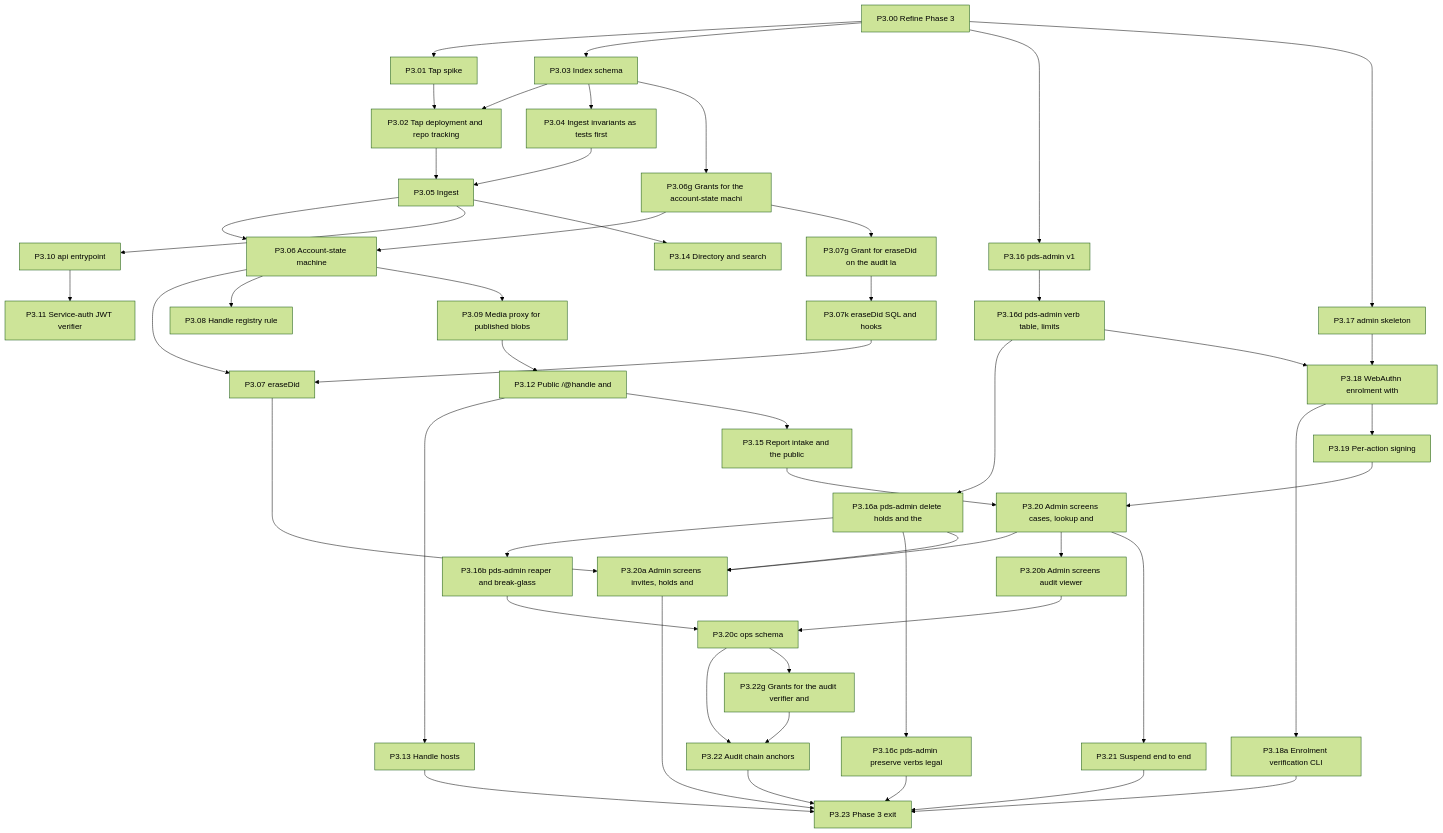
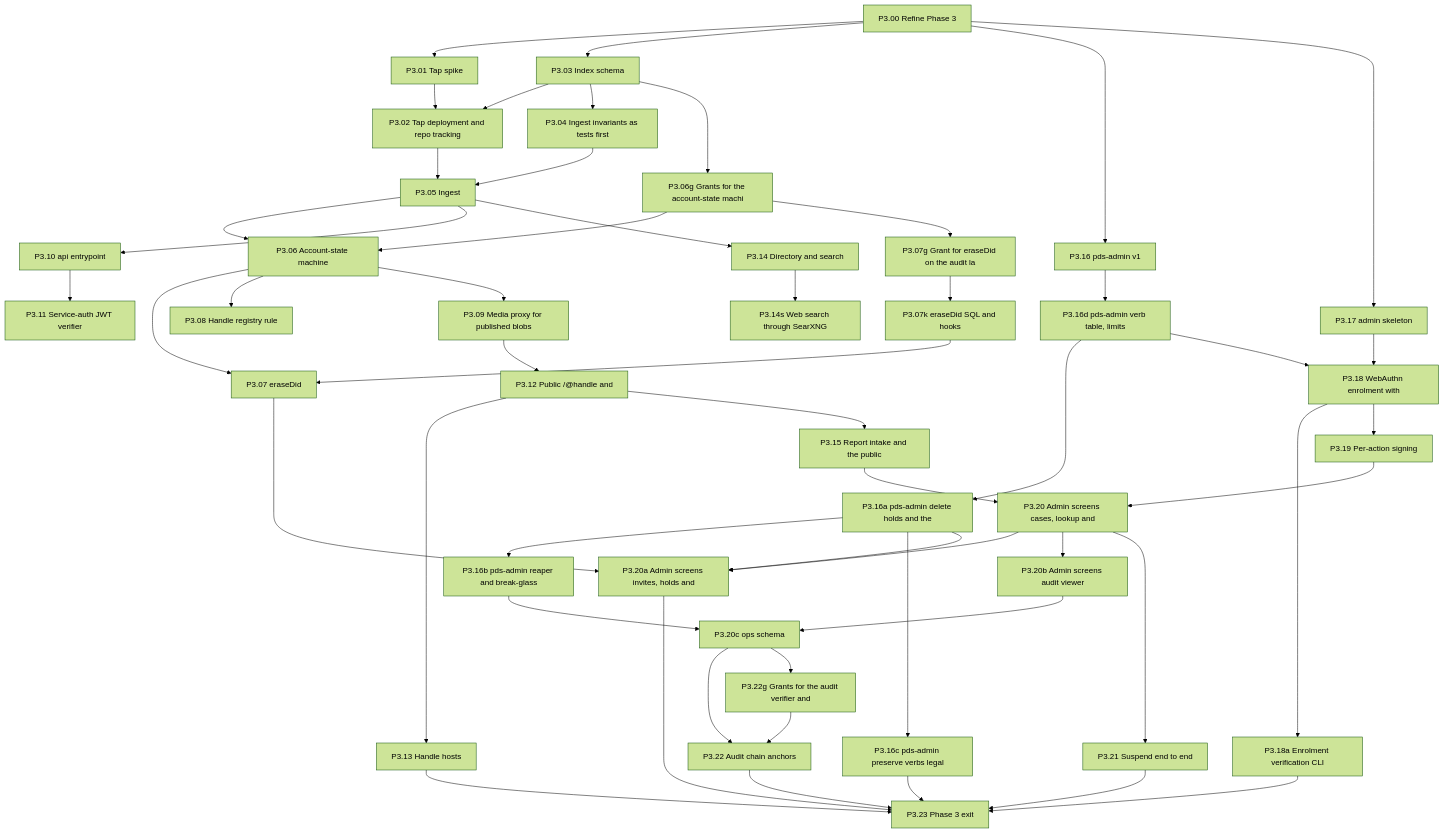
The sixth of 11 diagrams in docs/ai/book/01-outline.md (Undefined6799/unset), drawn with Mermaid (forest theme) before and after one commit. The commit also changed other lines of this file and 5 other files, not shown here.

First line of the commit message:
P3.14s Plan web search through SearXNG

```diff
--- a/docs/ai/book/01-outline.md
+++ b/docs/ai/book/01-outline.md
@@ -1672,6 +1673,7 @@
   P3_12["P3.12 Public /@handle and"]
   P3_13["P3.13 Handle hosts"]
   P3_14["P3.14 Directory and search"]
+  P3_14s["P3.14s Web search through SearXNG"]
   P3_15["P3.15 Report intake and the public"]
   P3_16["P3.16 pds-admin v1"]
   P3_16d["P3.16d pds-admin verb table, limits"]
@@ -1706,6 +1708,7 @@
   P3_09 --> P3_12
   P3_12 --> P3_13
   P3_05 --> P3_14
+  P3_14 --> P3_14s
   P3_12 --> P3_15
   P3_00 --> P3_16
   P3_16 --> P3_16d
```
